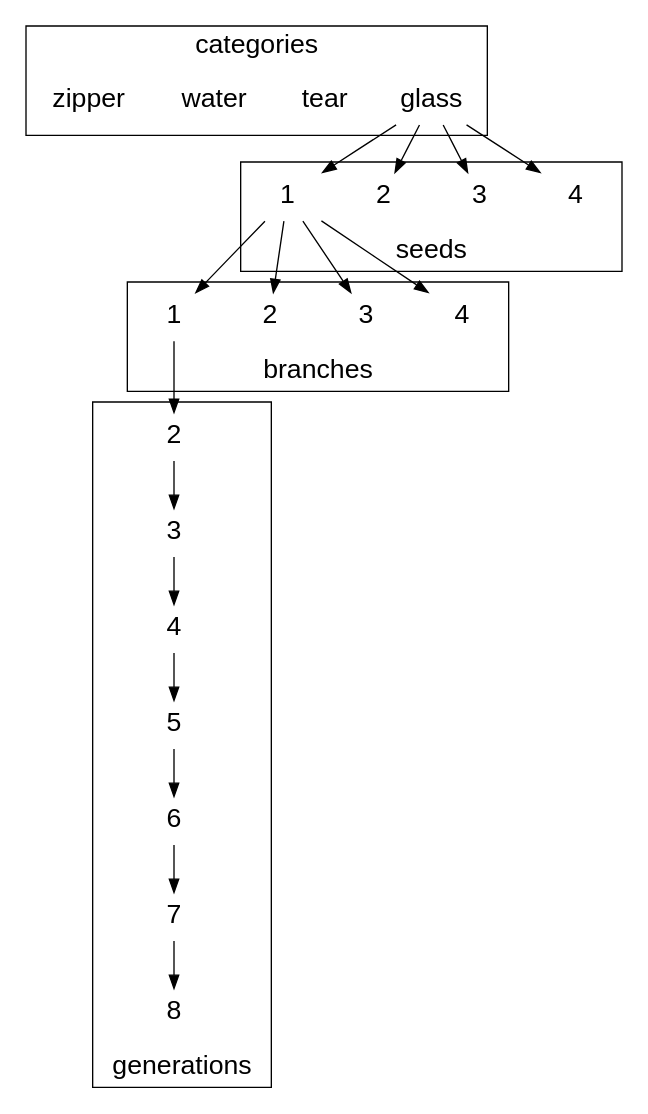
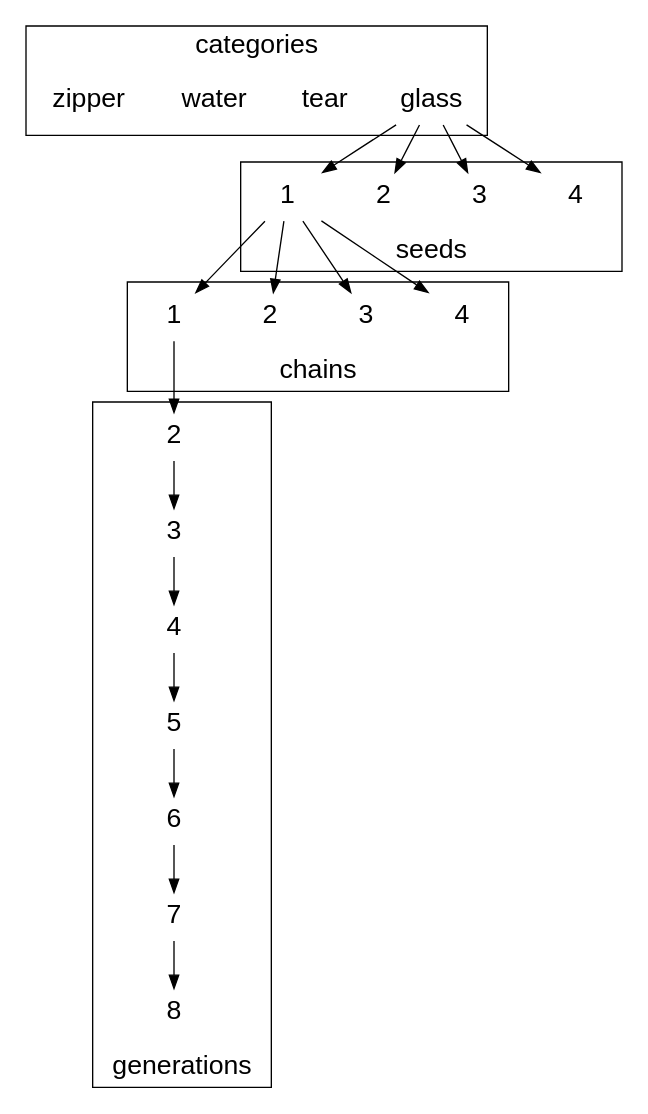
One commit to lupyanlab/words-in-transition changed the diagram in wordsintransition/inst/extdata/definitions.gv. Above: the diagram before and after it, drawn with Graphviz.

Commit message:
Rename branches to chains in definitions figure

```diff
--- a/wordsintransition/inst/extdata/definitions.gv
+++ b/wordsintransition/inst/extdata/definitions.gv
@@ -1,54 +1,54 @@
 digraph {
   fontname = helvetica;
   fontsize = 20;
   compound = true;
 
   node[fontname="helvetica", fontsize=20, shape=none];
   splines = false;
-  
+
   subgraph cluster0 {
     label = "categories";
     glass, tear, water, zipper;
   }
-  
+
   subgraph cluster1 {
     label = "seeds";
     labelloc = "b";
     glass4, glass3, glass2, glass1;
   }
-  
+
   subgraph cluster2 {
-    label = "branches";
+    label = "chains";
     labelloc = "b";
     subj4, subj3, subj2, subj1;
   }
-  
+
   subgraph cluster3 {
     label = "generations";
     labelloc = "b";
     subj1 -> gen2 -> gen3 -> gen4 -> gen5 -> gen6 -> gen7 -> gen8;
   }
 
   glass -> {glass1, glass2, glass3, glass4};
 
   glass1[label="1"];
   glass2[label="2"];
   glass3[label="3"];
   glass4[label="4"];
 
   glass1 -> {subj1, subj2, subj3, subj4};
 
   subj1[label="1"];
   subj2[label="2"];
   subj3[label="3"];
   subj4[label="4"];
-  
+
   gen2[label="2"];
   gen3[label="3"];
   gen4[label="4"];
   gen5[label="5"];
   gen6[label="6"];
   gen7[label="7"];
   gen8[label="8"];
-  
+
 }
```
